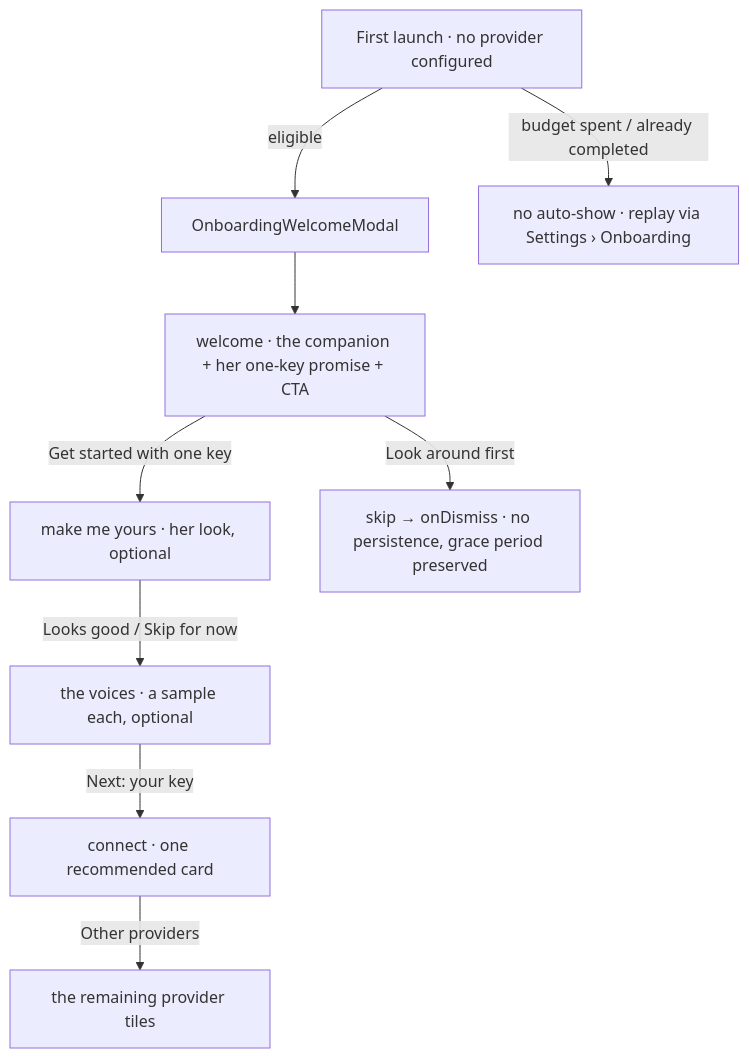
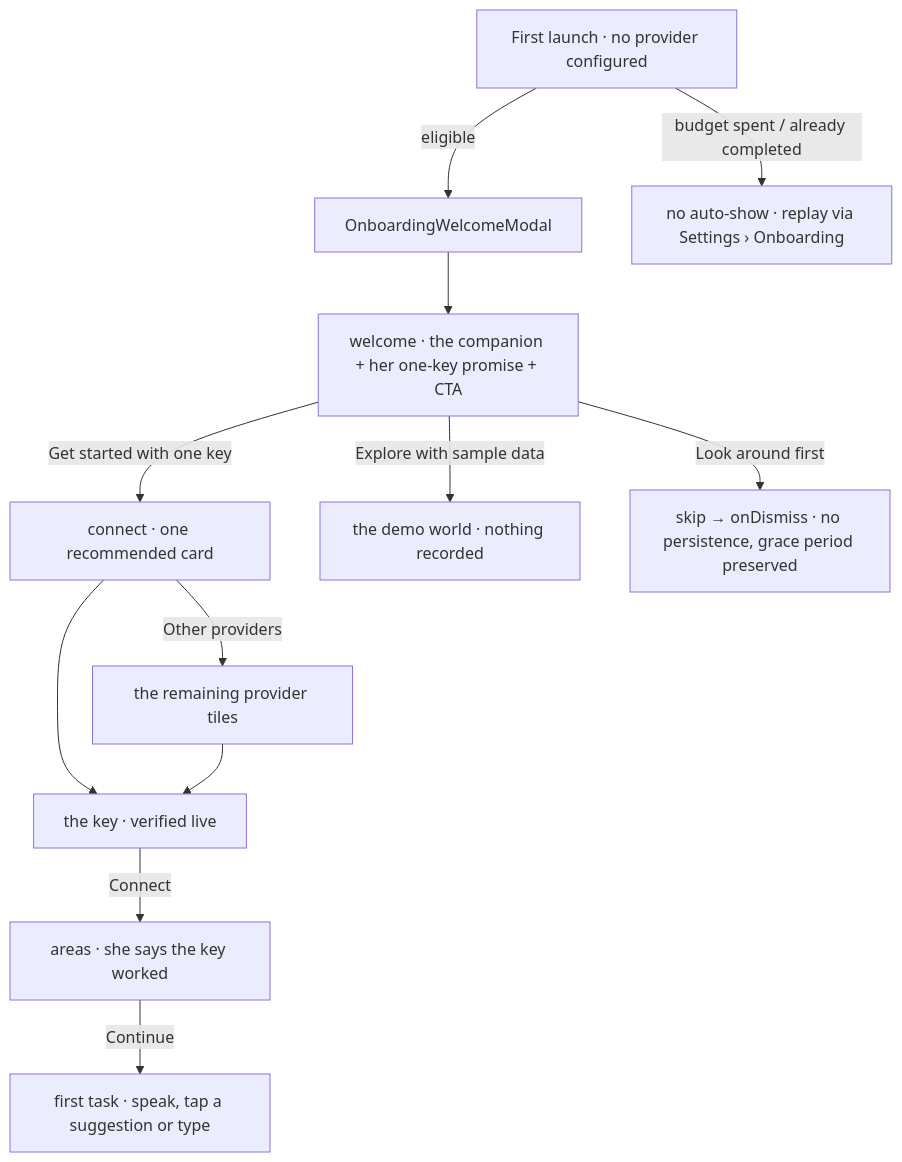
Before and after one commit to matthiasn/lotti: the diagram in knowledge/features/onboarding.md, drawn with Mermaid. The commit also changed other lines of this file and 68 other files, not shown here.

First line of the commit message:
feat(onboarding): the first run is five steps, each asking for one thing

````diff
--- a/knowledge/features/onboarding.md
+++ b/knowledge/features/onboarding.md
@@ -38,11 +38,14 @@
 ```mermaid
 flowchart TD
     L[First launch · no provider configured] -->|eligible| W[OnboardingWelcomeModal]
     L -->|budget spent / already completed| NONE[no auto-show · replay via Settings › Onboarding]
     W --> WL[welcome · the companion + her one-key promise + CTA]
-    WL -->|Get started with one key| MY[make me yours · her look, optional]
-    MY -->|Looks good / Skip for now| VO[the voices · a sample each, optional]
-    VO -->|Next: your key| CN[connect · one recommended card]
+    WL -->|Get started with one key| CN[connect · one recommended card]
     CN -->|Other providers| CNO[the remaining provider tiles]
+    CN --> KEY[the key · verified live]
+    CNO --> KEY
+    KEY -->|Connect| AR[areas · she says the key worked]
+    AR -->|Continue| FT[first task · speak, tap a suggestion or type]
+    WL -->|Explore with sample data| DEMO[the demo world · nothing recorded]
     WL -->|Look around first| SK[skip → onDismiss · no persistence, grace period preserved]
 ```
````
